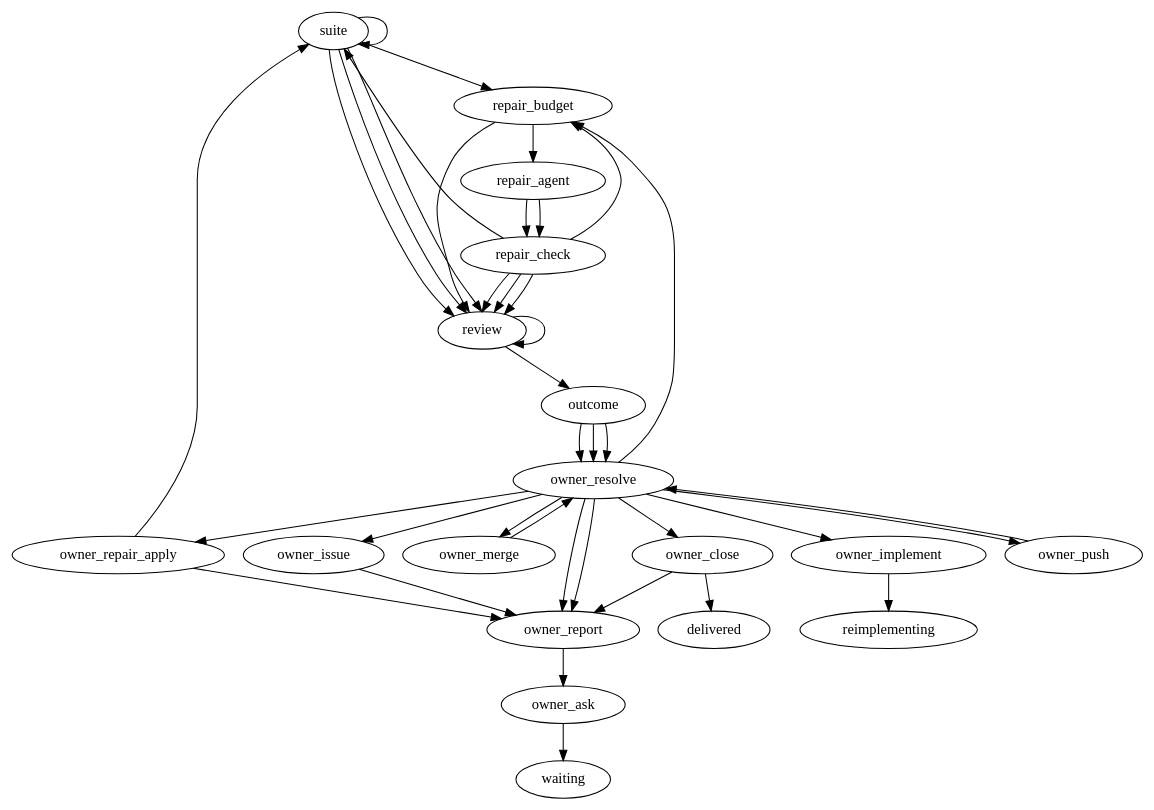
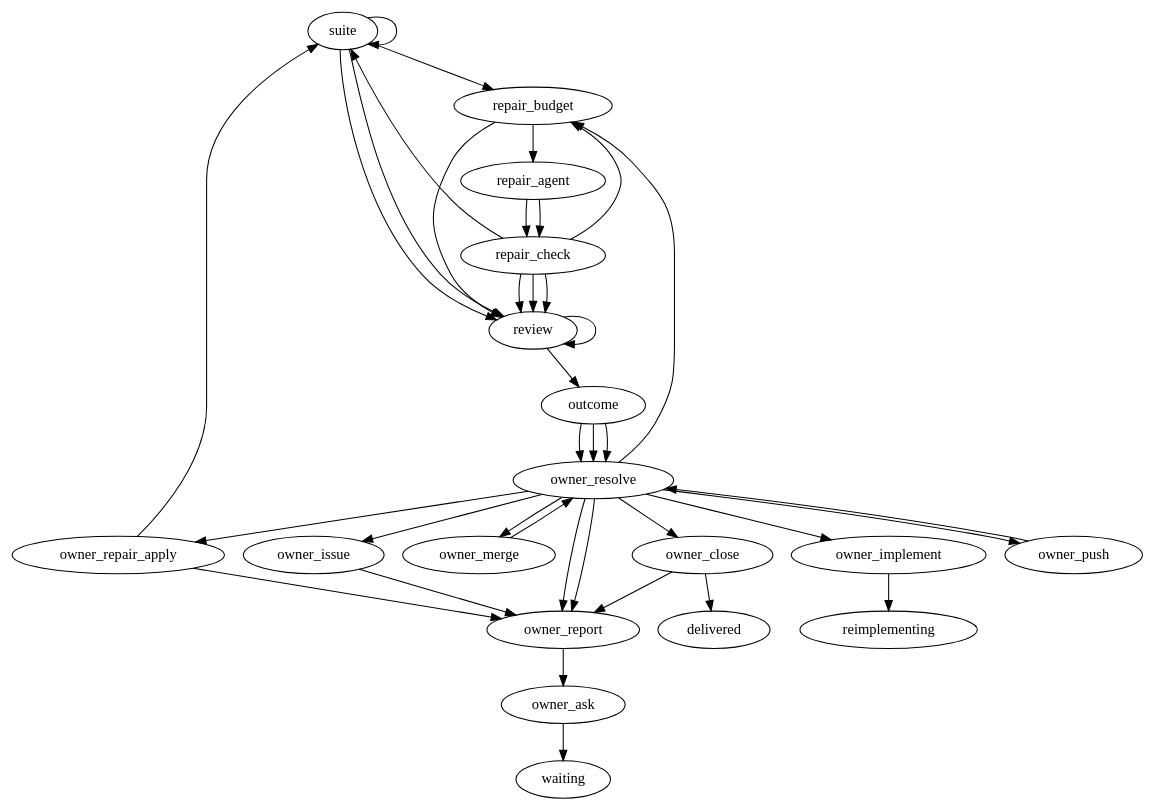
Before and after one commit to marioatcloudvane/litefactory: the diagram in teams/source/base-team/validate/validate.dot, drawn with Graphviz. The commit also changed 7 other files, not shown here.

```diff
--- a/teams/source/base-team/validate/validate.dot
+++ b/teams/source/base-team/validate/validate.dot
@@ -1,146 +1,145 @@
 // Validate checks the code a story branch holds. The factory first runs the full
 // suite coverage on one exact commit. Passing or completely covered work goes to review. A failed
 // suite gets at most two repair rounds from one write-access agent; the factory
 // measures what the agent really changed, keeps a small change as a new commit
 // and runs the suite on it again. Flagged and handback candidates are retained
 // completely before reset for exact owner review; they are not adopted automatically. Three
 // read-only reviewers then assess the final tested commit side by side. The run
 // ends in one of three ends: assessed, handed back to Implement, or blocked.
 //
 // This file is the only place the flow lives. Order, branches, the repair bound,
 // the time budget, the measured limits and the reviewers are all declared here.
 // Go supplies steps; it never picks the next step.
 //
 // After the outcome the owner side begins. The run resolves the owner's reply,
 // refreshes the one report comment and waits for the owner through the existing
 // graph wait; the owner's reply re-enters the resolve step. Every remote effect
 // (follow-up issue, push with pull request, merge, close) is its own step and is
 // reached only from the owner's own command, so one confirmation never implies
 // the next, except the explicit /validate-ship: push and merge return to the
 // resolve step, which carries a ship command on push -> merge -> close until a
 // step fails or delivery ends, and returns to the owner wait after any other
 // command. The run succeeds only after the close step has closed the accepted
 // issues, and the resolve loop is bounded by its lf_limit.
 //
 // The owner may instead send the blocking findings back to Implement with
 // /validate-implement. The implement step reopens every merged story with a
 // blocking finding on the same feature branch, gives each story worker its
 // findings as owner guidance, and starts the parent's Implement coordinator
 // once. The run then ends reimplementing; Validate runs again on the new head
 // when Implement finishes.
 //
 // The owner may choose repair for a finding. Once every blocking finding of the
 // tested commit has a choice, the repair reply starts one repair round for all
 // findings chosen for repair, through the same repair nodes and within the same
 // two-round bound as a failed suite. A kept repair is a new commit, so the suite
 // and the reviewers run again on it; a rejected or spent repair returns to the
 // owner report with its reason. Pending owner checks do not hold the round back.
 //
 // The repair bound is two rounds. Every round is counted from the moment it
 // starts, so a round that times out or is interrupted is used. The time budget
 // is in agent minutes and does not include the time the suite runs. The limits
 // of one repair are the number of files and the kinds of change that are not
 // allowed: package layout, dependencies, schema, public API, a deleted or
 // skipped test and a changed acceptance criterion.
 //
 // Every path to an end passes through review, so a failed or blocked suite still
 // gets static findings. The outcome step decides the end from the recorded
 // facts: a passed suite ends assessed, a suite that still fails ends handed back
 // with what Implement must change, and a suite that could not give a trustworthy
 // answer ends blocked with its reason. Nothing here accepts or approves.
 digraph validate {
  graph [team="{{team}}", mode="validate", profile_version="1", start="suite"];
 
  // ---- Test the commit ---------------------------------------------------------
- // Each source request replays its own generation. Compatible automatic runs
- // inherit unaffected coverage; an explicit full request executes afresh.
- suite [lf_action="lf_validate_suite", lf_outcomes="passed,covered,failed,blocked,retry", lf_coverage="v1", lf_limit="16"];
+ // Selection remains disabled until the native VSTest, MTP and xcodebuild
+ // test-body freshness prerequisites have passed. Full requests execute afresh.
+ suite [lf_action="lf_validate_suite", lf_outcomes="passed,failed,blocked,retry", lf_limit="16"];
 
  // ---- Repair loop (at most two rounds) ---------------------------------------
  repair_budget [lf_action="lf_validate_repair_budget", lf_outcomes="run,spent", lf_rounds="2", lf_suite="suite", lf_limit="6"];
  repair_agent  [lf_action="lf_agent", lf_outcomes="success,failed", lf_agent_markdown="validate-repair", lf_skills="validate-repair-report,{{stack_skill}}", lf_access="write", lf_budget="15", lf_limit="2"];
  repair_check  [lf_action="lf_validate_repair_check", lf_outcomes="kept,too_big,handback,unfinished,blocked", lf_max_files="3", lf_forbid="package,dependency,schema,api,tests,criteria", lf_source="repair_agent", lf_suite="suite", lf_limit="4"];
 
  // ---- Review the final tested commit (read-only, side by side) ----------------
  review [lf_action="lf_validate_review", lf_outcomes="done,retry", lf_roles="validate-acceptance,validate-code,validate-architecture", lf_standards="validate-architecture", lf_skills="validate-review,{{stack_skill}}", lf_suite="suite", lf_limit="32"];
 
  // ---- Join the findings and record the end -------------------------------------
  // It is reached once for the first end and once more after each owner repair
  // round and after a spent repair budget; on an unchanged commit it reuses the
  // recorded end.
  outcome [lf_action="lf_validate_outcome", lf_outcomes="assessed,handed_back,blocked", lf_suite="suite", lf_limit="4"];
 
  // ---- Owner resolution ----------------------------------------------------------
  // The loop limit is lf_limit on resolve. When it runs out the run stops and
  // nothing is approved, because every effect needs a command inside the loop.
  owner_resolve [lf_action="lf_validate_resolve", lf_outcomes="wait,create_issue,push,merge,close,implement,stale,repair,apply_repair", lf_suite="suite", lf_limit="24"];
  owner_report  [lf_action="lf_validate_report", lf_outcomes="done", lf_limit="64"];
  owner_ask     [lf_action="lf_validate_ask", lf_outcomes="published", lf_source="owner_resolve", lf_limit="32"];
  owner_issue   [lf_action="lf_validate_issue", lf_outcomes="done", lf_limit="24"];
  owner_push    [lf_action="lf_validate_push", lf_outcomes="done", lf_limit="8"];
  owner_merge   [lf_action="lf_validate_merge", lf_outcomes="done", lf_limit="8"];
  owner_close   [lf_action="lf_validate_close", lf_outcomes="closed,open", lf_limit="8"];
  owner_implement [lf_action="lf_validate_implement", lf_outcomes="started", lf_suite="suite", lf_limit="4"];
 
  // Exact owner adoption returns through the suite and all reviewers.
  owner_repair_apply [lf_action="lf_validate_repair_apply", lf_outcomes="applied,blocked", lf_limit="4"];
 
  // ---- Ends ------------------------------------------------------------------------
  // waiting rests on the owner; delivered is reached only from a closed close;
  // reimplementing hands the findings back to Implement.
  waiting        [lf_terminal="true"];
  delivered      [lf_terminal="true"];
  reimplementing [lf_terminal="true"];
 
  // A passed suite needs no repair; a blocked one is not a code failure, so it is
  // not repaired either. A failed suite starts a repair round.
  suite -> review        [lf_on="passed"];
- suite -> review        [lf_on="covered"];
  suite -> repair_budget [lf_on="failed"];
  suite -> review        [lf_on="blocked"];
  suite -> suite         [lf_on="retry"];
 
  // One round: start it (this settles any round a restart left behind), run the
  // agent, measure the real change. A kept change is a new commit and is tested
  // again. A change that is too big, a diagnosis that is a handback and a round
  // that cannot be measured go to review. A round that did not finish, such as a
  // timeout, is used up; the budget decides whether another round may start.
  repair_budget -> repair_agent  [lf_on="run"];
  repair_budget -> review        [lf_on="spent"];
  repair_agent  -> repair_check  [lf_on="success"];
  repair_agent  -> repair_check  [lf_on="failed"];
  repair_check  -> suite         [lf_on="kept"];
  repair_check  -> review        [lf_on="too_big"];
  repair_check  -> review        [lf_on="handback"];
  repair_check  -> repair_budget [lf_on="unfinished"];
  repair_check  -> review        [lf_on="blocked"];
 
  review  -> outcome [lf_on="done"];
  review  -> review  [lf_on="retry"];
 
  // Every end goes to the owner: an assessed run asks what to do with the
  // findings, a handed back or blocked one shows why and what is open.
  outcome -> owner_resolve [lf_on="assessed"];
  outcome -> owner_resolve [lf_on="handed_back"];
  outcome -> owner_resolve [lf_on="blocked"];
 
  owner_resolve -> owner_repair_apply [lf_on="apply_repair"];
  owner_repair_apply -> suite [lf_on="applied"];
  owner_repair_apply -> owner_report [lf_on="blocked"];
  owner_resolve -> owner_report       [lf_on="wait"];
  owner_resolve -> owner_report       [lf_on="stale"];
  owner_resolve -> owner_issue        [lf_on="create_issue"];
  owner_resolve -> repair_budget      [lf_on="repair"];
  owner_resolve -> owner_push         [lf_on="push"];
  owner_resolve -> owner_merge        [lf_on="merge"];
  owner_resolve -> owner_close        [lf_on="close"];
  owner_resolve -> owner_implement    [lf_on="implement"];
  owner_implement -> reimplementing   [lf_on="started"];
  owner_issue -> owner_report       [lf_on="done"];
  owner_push -> owner_resolve      [lf_on="done"];
  owner_merge -> owner_resolve      [lf_on="done"];
  owner_close -> delivered    [lf_on="closed"];
  owner_close -> owner_report       [lf_on="open"];
  owner_report -> owner_ask          [lf_on="done"];
  owner_ask -> waiting      [lf_on="published"];
 }
```
